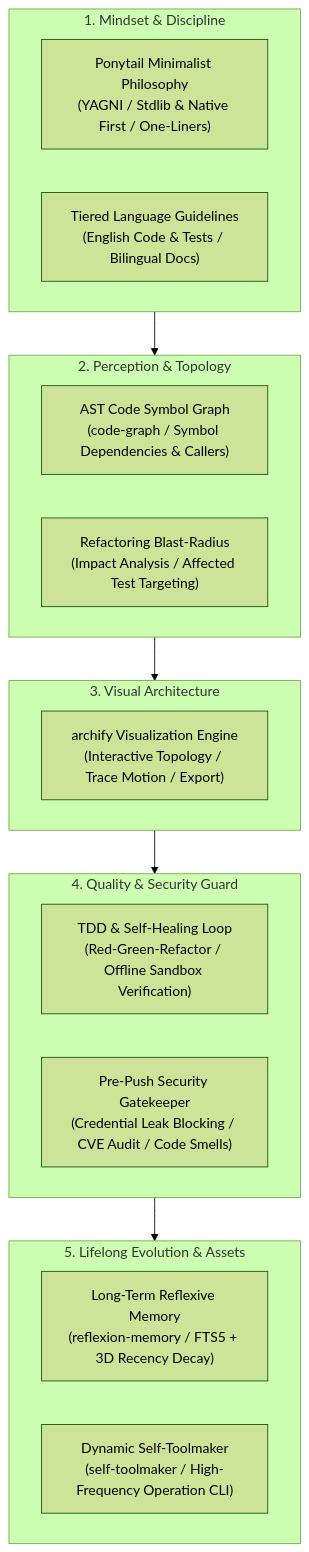
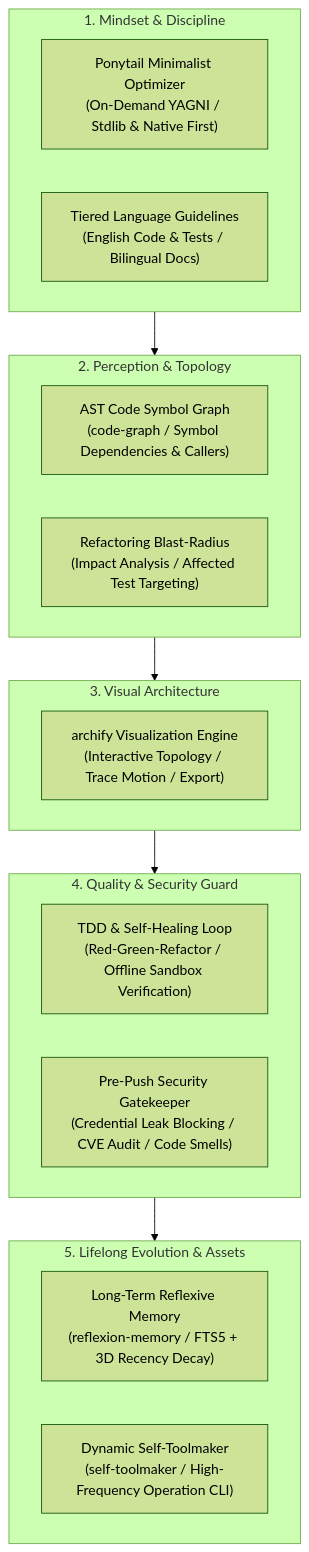
Before and after one commit to kyledeveloper/my-first-ai-agent: the diagram in README.md, drawn with Mermaid (forest theme). The commit also changed other lines of this file and 4 other files, not shown here.

Commit message:
refactor(skills): decouple Ponytail to on-demand activation

````diff
--- a/README.md
+++ b/README.md
@@ -35,31 +35,31 @@
 ```mermaid
 flowchart TB
     subgraph P1["1. Mindset & Discipline"]
-        PT["Ponytail Minimalist Philosophy<br>(YAGNI / Stdlib & Native First / One-Liners)"]
+        PT["Ponytail Minimalist Optimizer<br>(On-Demand YAGNI / Stdlib & Native First)"]
         LP["Tiered Language Guidelines<br>(English Code & Tests / Bilingual Docs)"]
     end
 
     subgraph P2["2. Perception & Topology"]
         CG["AST Code Symbol Graph<br>(code-graph / Symbol Dependencies & Callers)"]
         BR["Refactoring Blast-Radius<br>(Impact Analysis / Affected Test Targeting)"]
     end
 
     subgraph P3["3. Visual Architecture"]
         ARCH["archify Visualization Engine<br>(Interactive Topology / Trace Motion / Export)"]
     end
 
     subgraph P4["4. Quality & Security Guard"]
         TDD["TDD & Self-Healing Loop<br>(Red-Green-Refactor / Offline Sandbox Verification)"]
         SEC["Pre-Push Security Gatekeeper<br>(Credential Leak Blocking / CVE Audit / Code Smells)"]
     end
 
     subgraph P5["5. Lifelong Evolution & Assets"]
         MEM["Long-Term Reflexive Memory<br>(reflexion-memory / FTS5 + 3D Recency Decay)"]
         STM["Dynamic Self-Toolmaker<br>(self-toolmaker / High-Frequency Operation CLI)"]
     end
 
     P1 --> P2
     P2 --> P3
     P3 --> P4
     P4 --> P5
 ```
````
